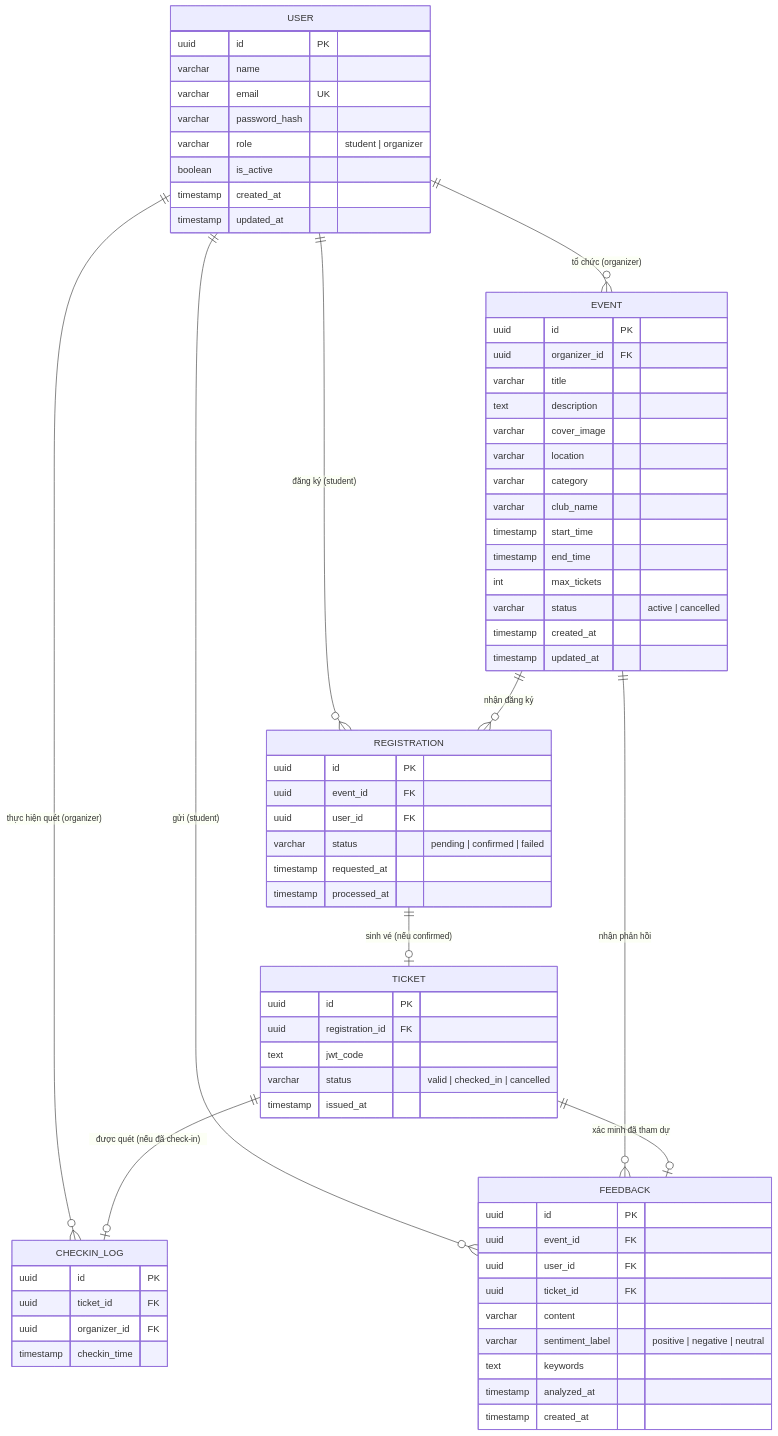
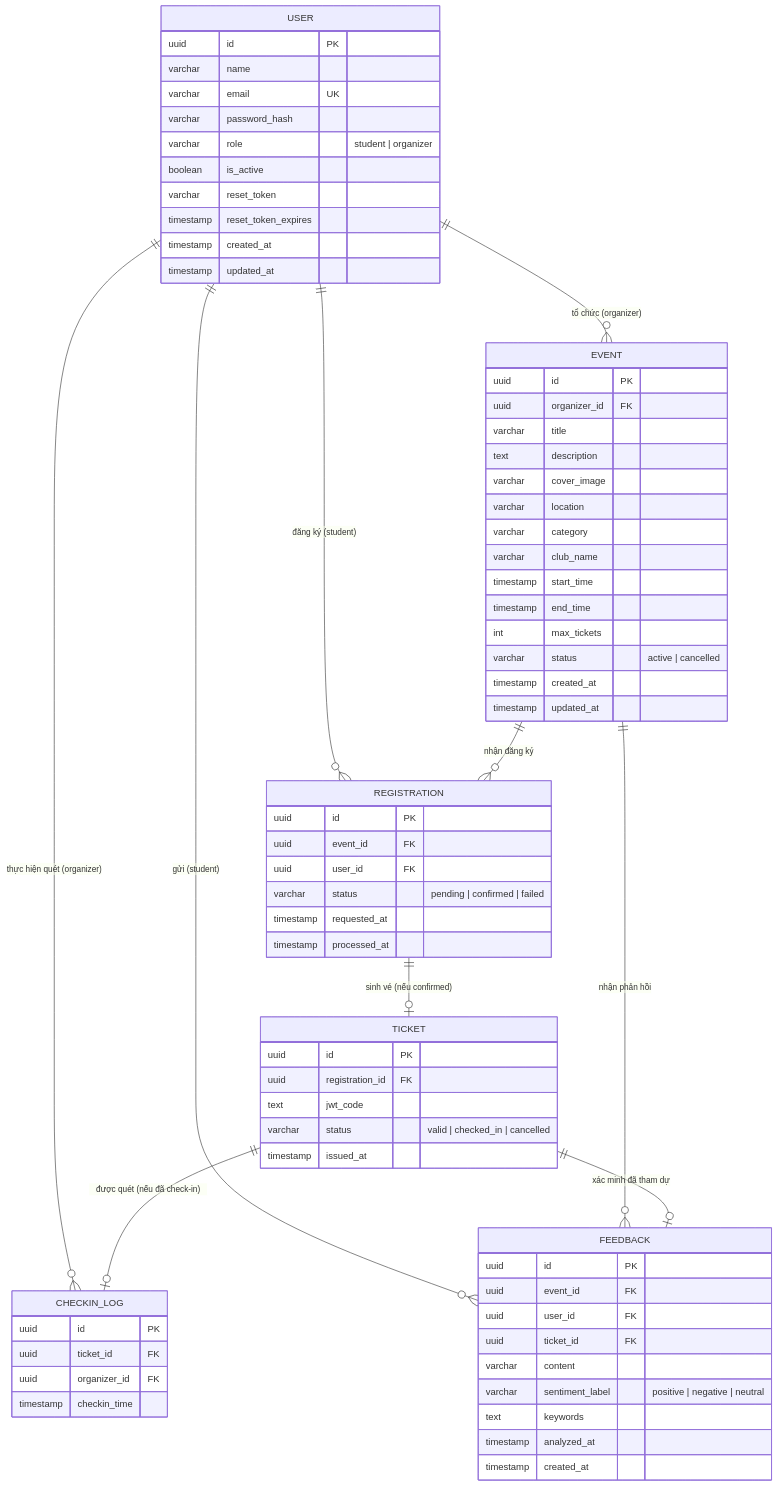
Before and after one commit to trandnquang/unievent-flow-api: the diagram in docs/ERD.md, drawn with Mermaid. The commit also changed 36 other files, not shown here.

````diff
--- a/docs/ERD.md
+++ b/docs/ERD.md
@@ -1,76 +1,78 @@
 ```mermaid
 erDiagram
     USER {
         uuid id PK
         varchar name
         varchar email UK
         varchar password_hash
         varchar role "student | organizer"
         boolean is_active
+        varchar reset_token
+        timestamp reset_token_expires
         timestamp created_at
         timestamp updated_at
     }
 
     EVENT {
         uuid id PK
         uuid organizer_id FK
         varchar title
         text description
         varchar cover_image
         varchar location
         varchar category
         varchar club_name
         timestamp start_time
         timestamp end_time
         int max_tickets
         varchar status "active | cancelled"
         timestamp created_at
         timestamp updated_at
     }
 
     REGISTRATION {
         uuid id PK
         uuid event_id FK
         uuid user_id FK
         varchar status "pending | confirmed | failed"
         timestamp requested_at
         timestamp processed_at
     }
 
     TICKET {
         uuid id PK
         uuid registration_id FK
         text jwt_code
         varchar status "valid | checked_in | cancelled"
         timestamp issued_at
     }
 
     FEEDBACK {
         uuid id PK
         uuid event_id FK
         uuid user_id FK
         uuid ticket_id FK
         varchar content
         varchar sentiment_label "positive | negative | neutral"
         text keywords
         timestamp analyzed_at
         timestamp created_at
     }
 
     CHECKIN_LOG {
         uuid id PK
         uuid ticket_id FK
         uuid organizer_id FK
         timestamp checkin_time
     }
 
     USER ||--o{ EVENT : "tổ chức (organizer)"
     USER ||--o{ REGISTRATION : "đăng ký (student)"
     USER ||--o{ FEEDBACK : "gửi (student)"
     USER ||--o{ CHECKIN_LOG : "thực hiện quét (organizer)"
     EVENT ||--o{ REGISTRATION : "nhận đăng ký"
     EVENT ||--o{ FEEDBACK : "nhận phản hồi"
     REGISTRATION ||--o| TICKET : "sinh vé (nếu confirmed)"
     TICKET ||--o| CHECKIN_LOG : "được quét (nếu đã check-in)"
     TICKET ||--o| FEEDBACK : "xác minh đã tham dự"
 ```
````
